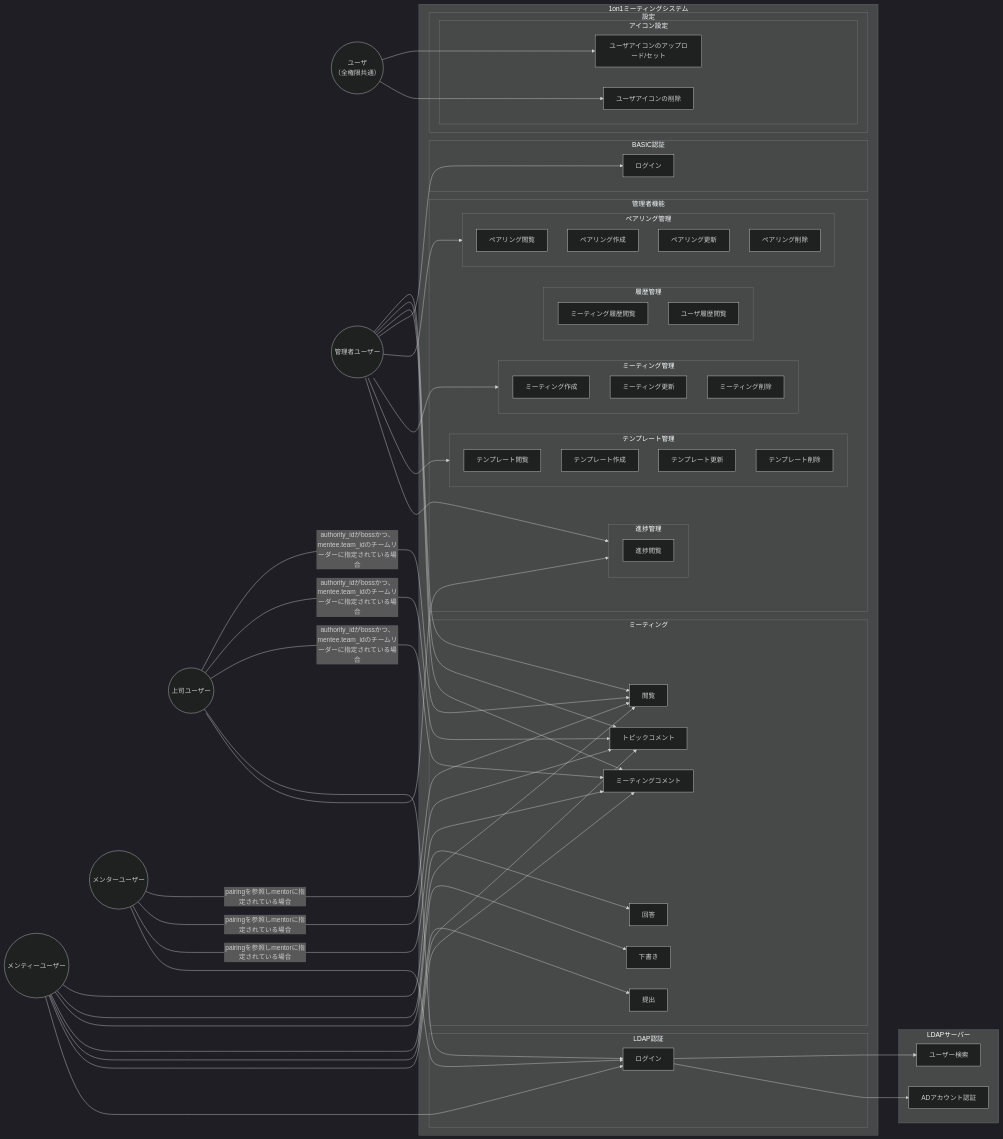
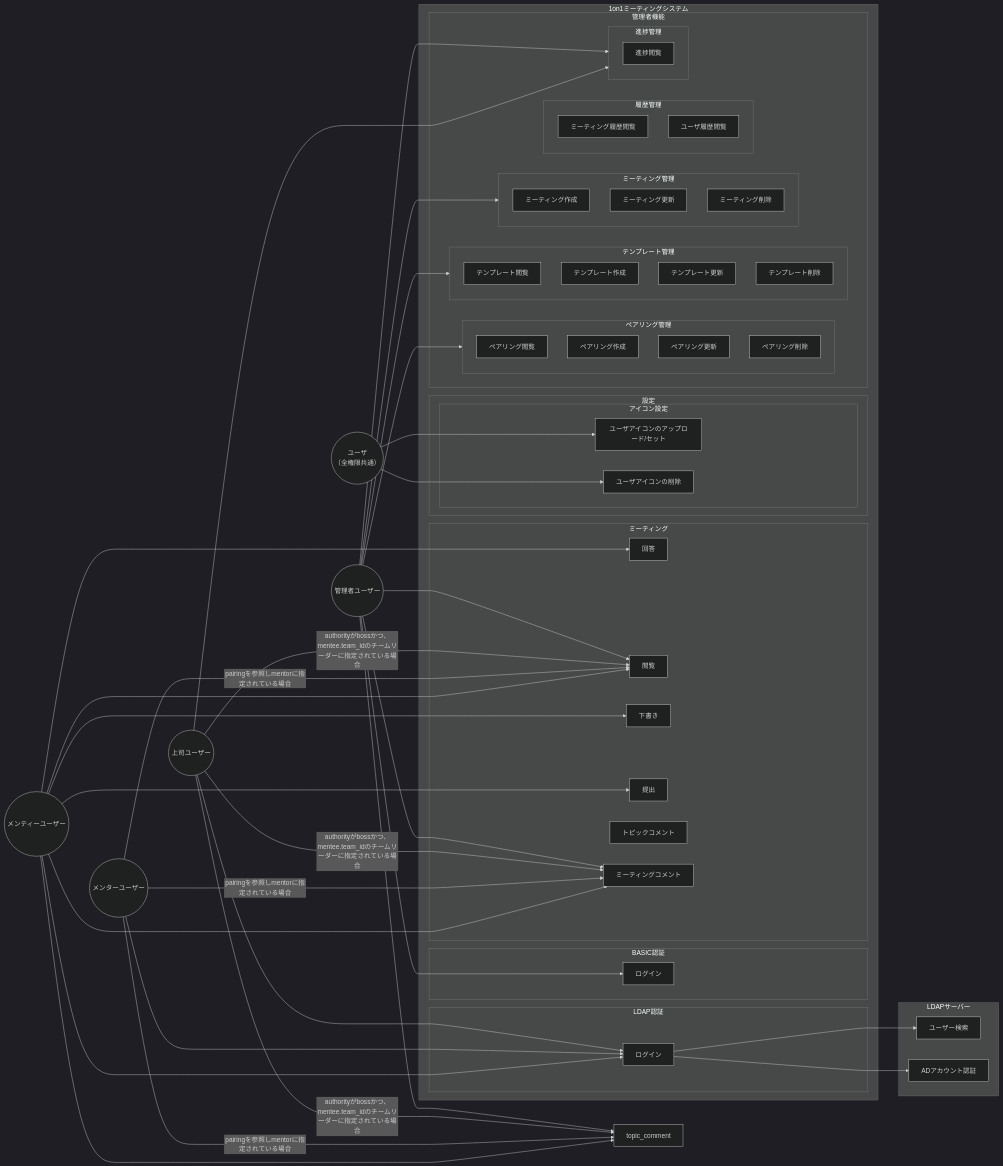
Before and after one commit to polarisbuds/growlink-origin: the diagram in doc/model/usecase.md, drawn with Mermaid (dark theme). The commit also changed 1 other file, not shown here.

Commit message:
設計の修正

```diff
--- a/doc/model/usecase.md
+++ b/doc/model/usecase.md
@@ -22,7 +22,7 @@
         read[閲覧]
         draft[下書き]
         submit[提出]
-        topic_comment[トピックコメント]
+        answer_comment[トピックコメント]
         meeting_comment[ミーティングコメント]
     end
 
@@ -88,9 +88,9 @@
 mentor -->|pairingを参照しmentorに指定されている場合| topic_comment
 mentor -->|pairingを参照しmentorに指定されている場合| meeting_comment
 
-boss -->|authority_idがbossかつ、mentee.team_idのチームリーダーに指定されている場合| read
-boss -->|authority_idがbossかつ、mentee.team_idのチームリーダーに指定されている場合| topic_comment
-boss -->|authority_idがbossかつ、mentee.team_idのチームリーダーに指定されている場合| meeting_comment
+boss -->|authorityがbossかつ、mentee.team_idのチームリーダーに指定されている場合| read
+boss -->|authorityがbossかつ、mentee.team_idのチームリーダーに指定されている場合| topic_comment
+boss -->|authorityがbossかつ、mentee.team_idのチームリーダーに指定されている場合| meeting_comment
 boss --> mng_progress
 
 owner --> read
```
